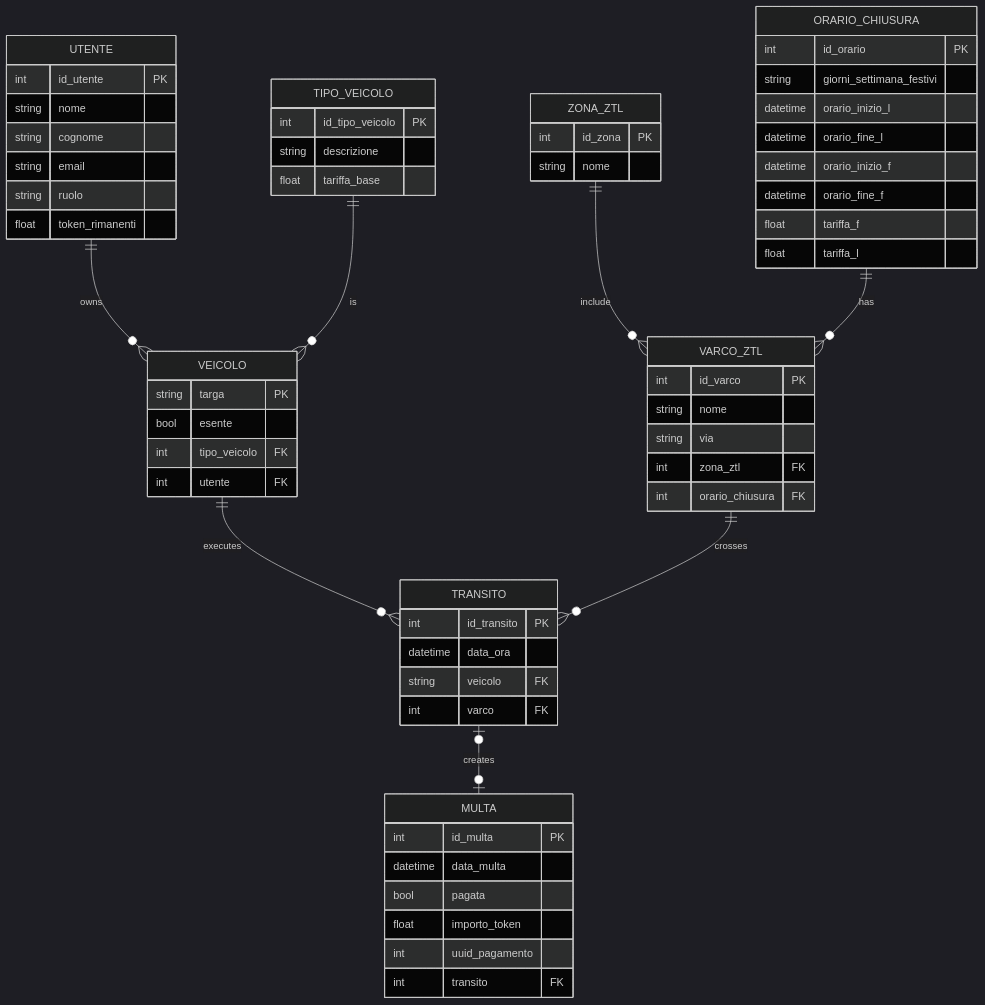
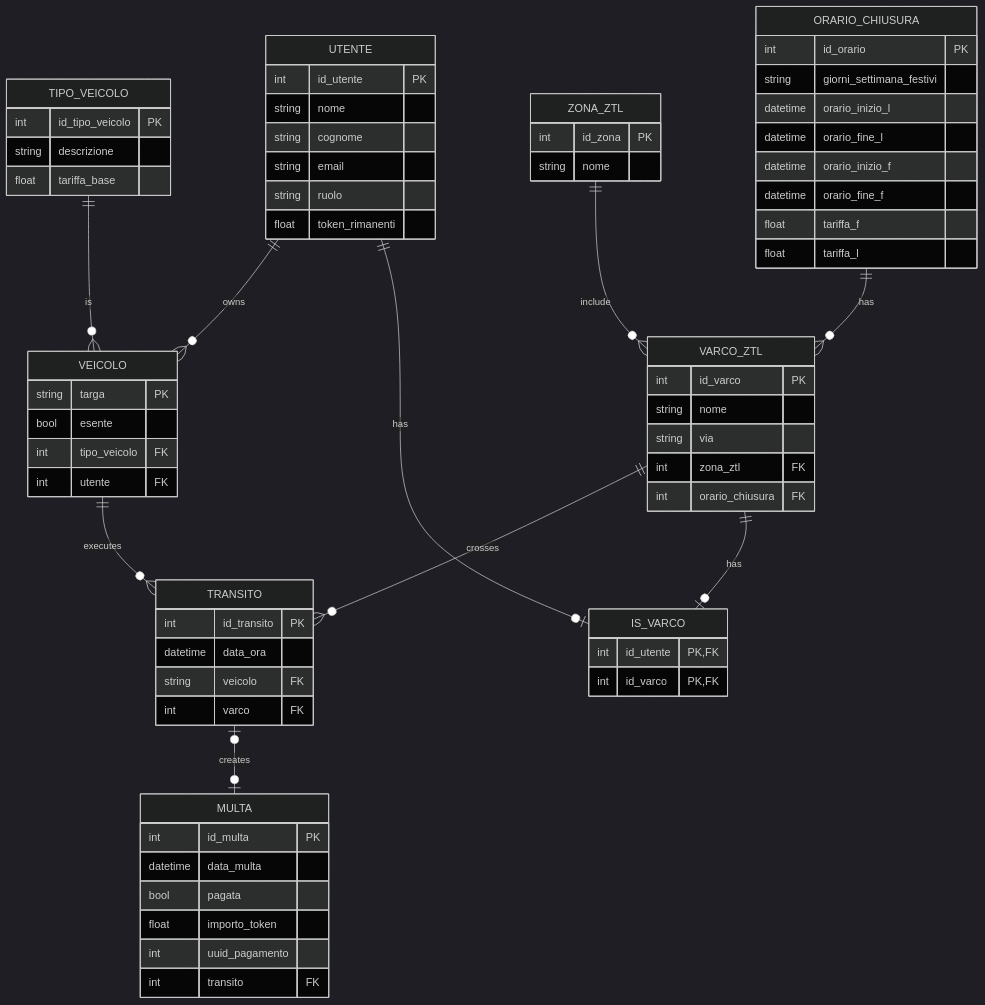
The third of 3 diagrams in README.md (Arianna6400/Adv_Prog), drawn with Mermaid (dark theme) before and after one commit.

````diff
--- a/README.md
+++ b/README.md
@@ -71,72 +71,79 @@
 ```mermaid
 erDiagram
     TIPO_VEICOLO {
         int id_tipo_veicolo PK
         string descrizione 
         float tariffa_base
     }
 
     VEICOLO {
         string targa PK
         bool esente
         int tipo_veicolo FK
         int utente FK
     }
 
     TRANSITO {
         int id_transito PK
         datetime data_ora
         string veicolo FK
         int varco FK
     }
 
     MULTA {
         int id_multa PK
         datetime data_multa
         bool pagata
         float importo_token
         int uuid_pagamento
         int transito FK
     }
 
     UTENTE {
         int id_utente PK
         string nome
         string cognome
         string email
         string ruolo
         float token_rimanenti
     }
 
     ZONA_ZTL {
         int id_zona PK
         string nome
     }
 
     VARCO_ZTL {
         int id_varco PK
         string nome
         string via
         int zona_ztl FK
         int orario_chiusura FK
     }
 
     ORARIO_CHIUSURA {
         int id_orario PK
         string giorni_settimana_festivi
         datetime orario_inizio_l
         datetime orario_fine_l
         datetime orario_inizio_f
         datetime orario_fine_f
         float tariffa_f
         float tariffa_l
     }
 
+    IS_VARCO {
+        int id_utente PK, FK
+        int id_varco PK, FK
+    }
+
     UTENTE ||--o{ VEICOLO : "owns"
     TIPO_VEICOLO ||--o{ VEICOLO : "is"
     VEICOLO ||--o{ TRANSITO : "executes"
     TRANSITO |o--o| MULTA : "creates"
     ZONA_ZTL ||--o{ VARCO_ZTL : "include"
     ORARIO_CHIUSURA ||--o{ VARCO_ZTL : "has"
     VARCO_ZTL ||--o{ TRANSITO : "crosses"
+    UTENTE ||--o| IS_VARCO : "has"
+    VARCO_ZTL ||--o| IS_VARCO : "has"
 ```
````
